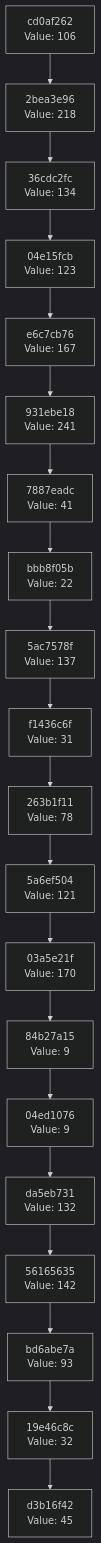
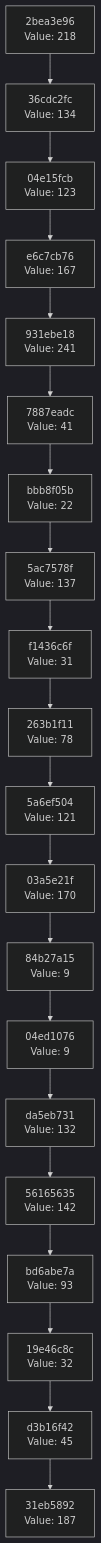
One commit to Abhisheksinha1506/hash-chain-evolver changed the diagram in docs/CHAIN_VISUALIZATION.md. Above: the diagram before and after it, drawn with Mermaid (dark theme). The commit also changed 1 other file, not shown here.

Commit message:
Evolution Step

````diff
--- a/docs/CHAIN_VISUALIZATION.md
+++ b/docs/CHAIN_VISUALIZATION.md
@@ -3,42 +3,42 @@
 ```mermaid
 graph TD
-    C0["d3b16f42<br/>Value: 45"]
-    C1["19e46c8c<br/>Value: 32"]
+    C0["31eb5892<br/>Value: 187"]
+    C1["d3b16f42<br/>Value: 45"]
     C1 --> C0
-    C2["bd6abe7a<br/>Value: 93"]
+    C2["19e46c8c<br/>Value: 32"]
     C2 --> C1
-    C3["56165635<br/>Value: 142"]
+    C3["bd6abe7a<br/>Value: 93"]
     C3 --> C2
-    C4["da5eb731<br/>Value: 132"]
+    C4["56165635<br/>Value: 142"]
     C4 --> C3
-    C5["04ed1076<br/>Value: 9"]
+    C5["da5eb731<br/>Value: 132"]
     C5 --> C4
-    C6["84b27a15<br/>Value: 9"]
+    C6["04ed1076<br/>Value: 9"]
     C6 --> C5
-    C7["03a5e21f<br/>Value: 170"]
+    C7["84b27a15<br/>Value: 9"]
     C7 --> C6
-    C8["5a6ef504<br/>Value: 121"]
+    C8["03a5e21f<br/>Value: 170"]
     C8 --> C7
-    C9["263b1f11<br/>Value: 78"]
+    C9["5a6ef504<br/>Value: 121"]
     C9 --> C8
-    C10["f1436c6f<br/>Value: 31"]
+    C10["263b1f11<br/>Value: 78"]
     C10 --> C9
-    C11["5ac7578f<br/>Value: 137"]
+    C11["f1436c6f<br/>Value: 31"]
     C11 --> C10
-    C12["bbb8f05b<br/>Value: 22"]
+    C12["5ac7578f<br/>Value: 137"]
     C12 --> C11
-    C13["7887eadc<br/>Value: 41"]
+    C13["bbb8f05b<br/>Value: 22"]
     C13 --> C12
-    C14["931ebe18<br/>Value: 241"]
+    C14["7887eadc<br/>Value: 41"]
     C14 --> C13
-    C15["e6c7cb76<br/>Value: 167"]
+    C15["931ebe18<br/>Value: 241"]
     C15 --> C14
-    C16["04e15fcb<br/>Value: 123"]
+    C16["e6c7cb76<br/>Value: 167"]
     C16 --> C15
-    C17["36cdc2fc<br/>Value: 134"]
+    C17["04e15fcb<br/>Value: 123"]
     C17 --> C16
-    C18["2bea3e96<br/>Value: 218"]
+    C18["36cdc2fc<br/>Value: 134"]
     C18 --> C17
-    C19["cd0af262<br/>Value: 106"]
+    C19["2bea3e96<br/>Value: 218"]
     C19 --> C18
 ```
````
